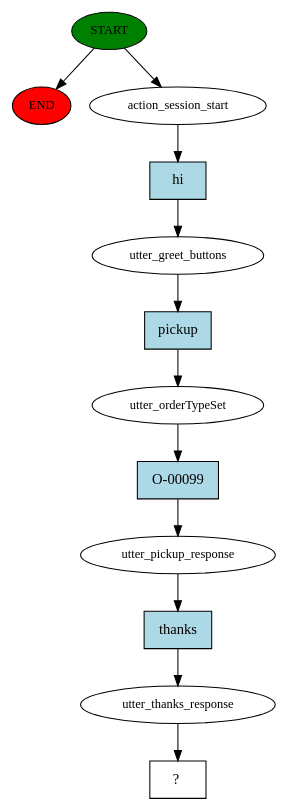
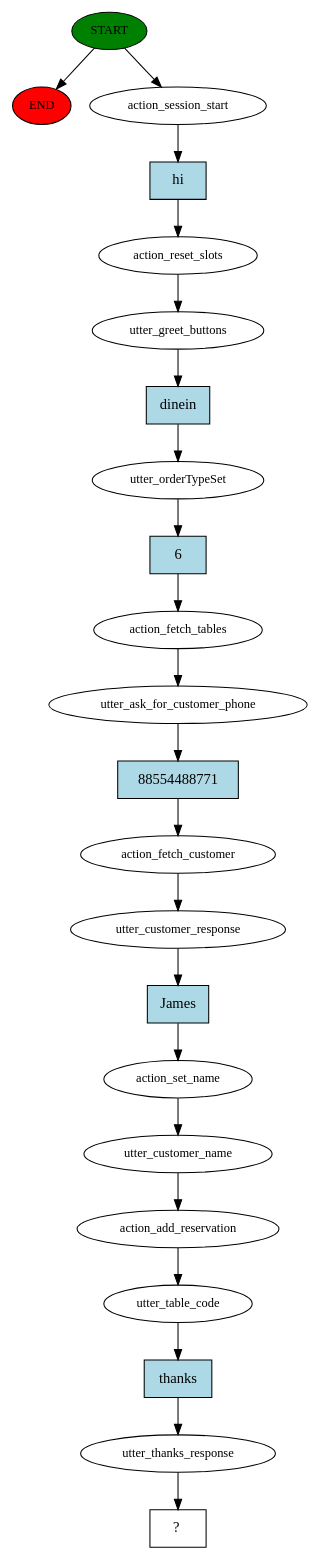
Before and after one commit to suhaibqaiser/botme: the diagram in botme-nlp/story_graph.dot, drawn with Graphviz. The commit also changed 22 other files, not shown here.

```diff
--- a/botme-nlp/story_graph.dot
+++ b/botme-nlp/story_graph.dot
@@ -1,25 +1,45 @@
 digraph  {
 0 [class="start active", fillcolor=green, fontsize=12, label=START, style=filled];
 "-1" [class=end, fillcolor=red, fontsize=12, label=END, style=filled];
 1 [class=active, fontsize=12, label=action_session_start];
-2 [class=active, fontsize=12, label=utter_greet_buttons];
-3 [class=active, fontsize=12, label=utter_orderTypeSet];
-4 [class=active, fontsize=12, label=utter_pickup_response];
-5 [class=active, fontsize=12, label=utter_thanks_response];
-6 [class="intent dashed active", label="  ?  ", shape=rect];
-7 [class="intent active", fillcolor=lightblue, label=hi, shape=rect, style=filled];
-8 [class="intent active", fillcolor=lightblue, label=pickup, shape=rect, style=filled];
-9 [class="intent active", fillcolor=lightblue, label="O-00099", shape=rect, style=filled];
-10 [class="intent active", fillcolor=lightblue, label=thanks, shape=rect, style=filled];
+2 [class=active, fontsize=12, label=action_reset_slots];
+3 [class=active, fontsize=12, label=utter_greet_buttons];
+4 [class=active, fontsize=12, label=utter_orderTypeSet];
+5 [class=active, fontsize=12, label=action_fetch_tables];
+6 [class=active, fontsize=12, label=utter_ask_for_customer_phone];
+7 [class=active, fontsize=12, label=action_fetch_customer];
+8 [class=active, fontsize=12, label=utter_customer_response];
+9 [class=active, fontsize=12, label=action_set_name];
+10 [class=active, fontsize=12, label=utter_customer_name];
+11 [class=active, fontsize=12, label=action_add_reservation];
+12 [class=active, fontsize=12, label=utter_table_code];
+13 [class=active, fontsize=12, label=utter_thanks_response];
+14 [class="intent dashed active", label="  ?  ", shape=rect];
+15 [class="intent active", fillcolor=lightblue, label=hi, shape=rect, style=filled];
+16 [class="intent active", fillcolor=lightblue, label=dinein, shape=rect, style=filled];
+17 [class="intent active", fillcolor=lightblue, label=6, shape=rect, style=filled];
+18 [class="intent active", fillcolor=lightblue, label=88554488771, shape=rect, style=filled];
+19 [class="intent active", fillcolor=lightblue, label=James, shape=rect, style=filled];
+20 [class="intent active", fillcolor=lightblue, label=thanks, shape=rect, style=filled];
 0 -> "-1"  [class="", key=NONE, label=""];
 0 -> 1  [class=active, key=NONE, label=""];
-1 -> 7  [class=active, key=0];
-2 -> 8  [class=active, key=0];
-3 -> 9  [class=active, key=0];
-4 -> 10  [class=active, key=0];
+1 -> 15  [class=active, key=0];
+2 -> 3  [class=active, key=NONE, label=""];
+3 -> 16  [class=active, key=0];
+4 -> 17  [class=active, key=0];
 5 -> 6  [class=active, key=NONE, label=""];
-7 -> 2  [class=active, key=0];
-8 -> 3  [class=active, key=0];
-9 -> 4  [class=active, key=0];
-10 -> 5  [class=active, key=0];
+6 -> 18  [class=active, key=0];
+7 -> 8  [class=active, key=NONE, label=""];
+8 -> 19  [class=active, key=0];
+9 -> 10  [class=active, key=NONE, label=""];
+10 -> 11  [class=active, key=NONE, label=""];
+11 -> 12  [class=active, key=NONE, label=""];
+12 -> 20  [class=active, key=0];
+13 -> 14  [class=active, key=NONE, label=""];
+15 -> 2  [class=active, key=0];
+16 -> 4  [class=active, key=0];
+17 -> 5  [class=active, key=0];
+18 -> 7  [class=active, key=0];
+19 -> 9  [class=active, key=0];
+20 -> 13  [class=active, key=0];
 }
```
